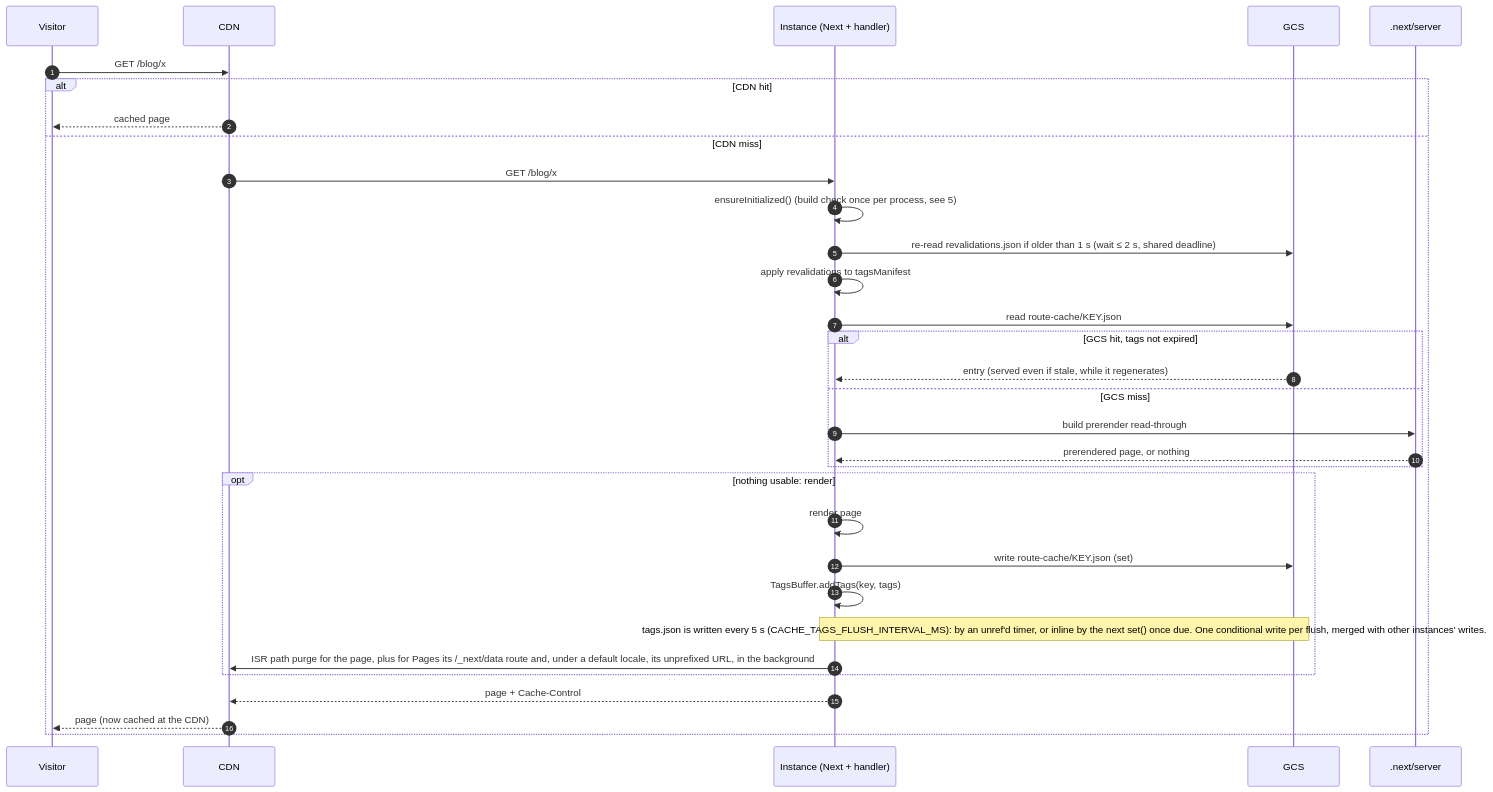
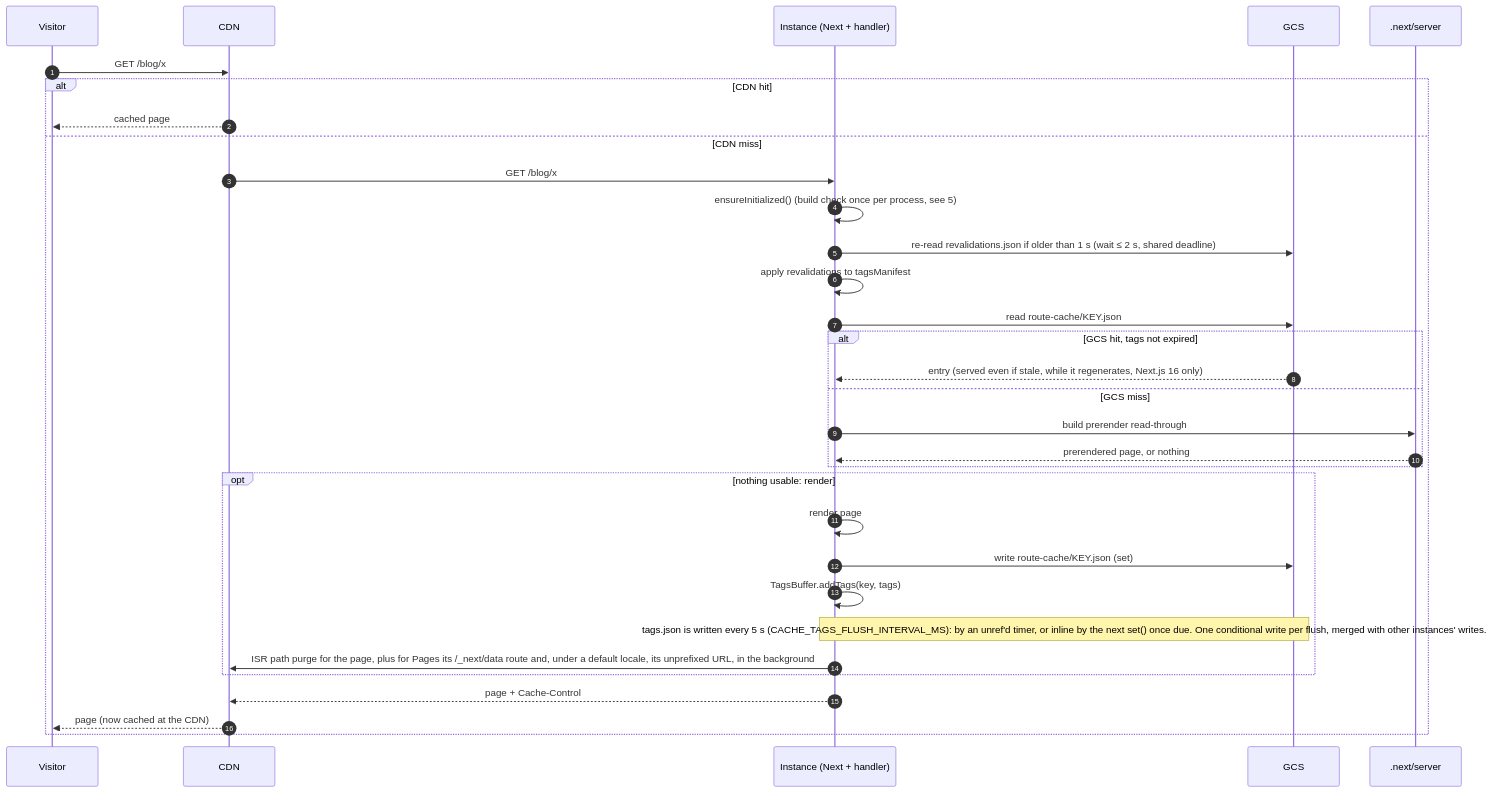
The second of 5 diagrams in ARCHITECTURE.md (pantheon-systems/nextjs-cache-handler), drawn with Mermaid before and after one commit. The commit also changed other lines of this file and 18 other files, not shown here.

````diff
--- a/ARCHITECTURE.md
+++ b/ARCHITECTURE.md
@@ -57,35 +62,35 @@
 ```mermaid
 sequenceDiagram
   autonumber
   participant V as Visitor
   participant CDN
   participant B as Instance (Next + handler)
   participant G as GCS
   participant FS as .next/server
 
   V->>CDN: GET /blog/x
   alt CDN hit
     CDN-->>V: cached page
   else CDN miss
     CDN->>B: GET /blog/x
     B->>B: ensureInitialized() (build check once per process, see 5)
     B->>G: re-read revalidations.json if older than 1 s (wait ≤ 2 s, shared deadline)
     B->>B: apply revalidations to tagsManifest
     B->>G: read route-cache/KEY.json
     alt GCS hit, tags not expired
-      G-->>B: entry (served even if stale, while it regenerates)
+      G-->>B: entry (served even if stale, while it regenerates, Next.js 16 only)
     else GCS miss
       B->>FS: build prerender read-through
       FS-->>B: prerendered page, or nothing
     end
     opt nothing usable: render
       B->>B: render page
       B->>G: write route-cache/KEY.json (set)
       B->>B: TagsBuffer.addTags(key, tags)
       Note over B,G: tags.json is written every 5 s (CACHE_TAGS_FLUSH_INTERVAL_MS): by an unref'd timer, or inline by the next set() once due. One conditional write per flush, merged with other instances' writes.
       B->>CDN: ISR path purge for the page, plus for Pages its /_next/data route and, under a default locale, its unprefixed URL, in the background
     end
     B-->>CDN: page + Cache-Control
     CDN-->>V: page (now cached at the CDN)
   end
 ```
````
